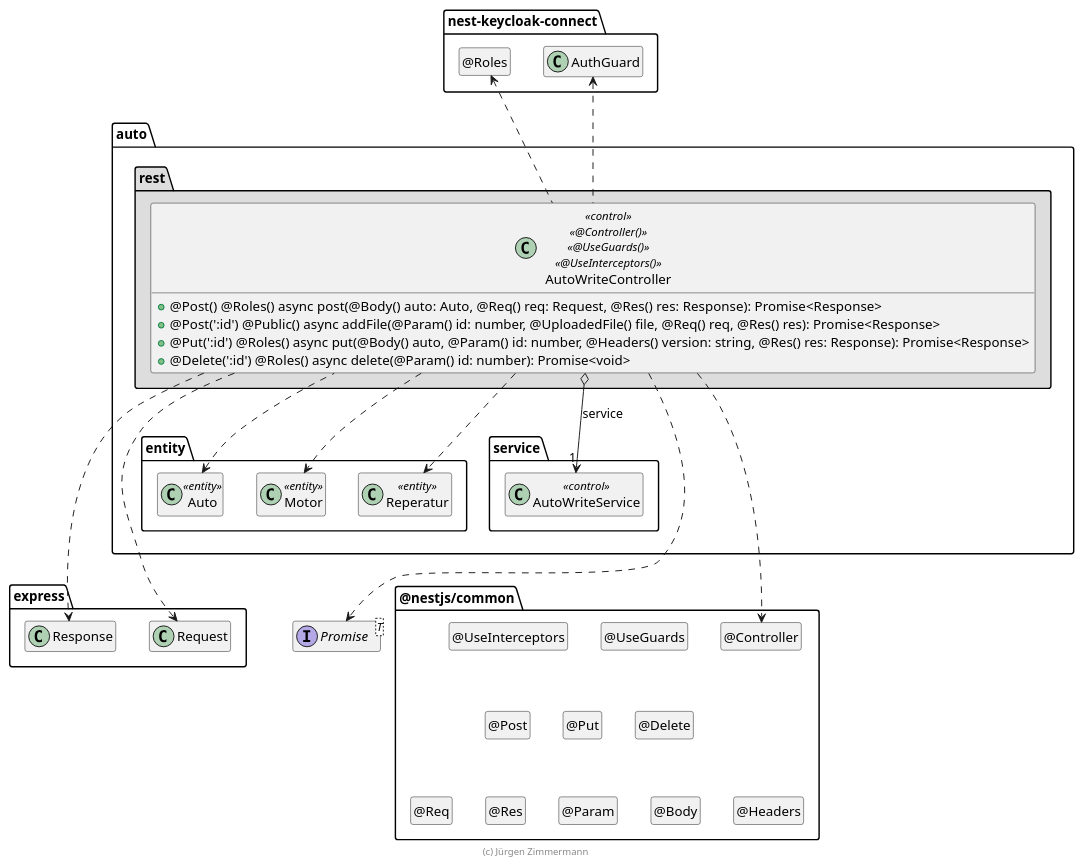
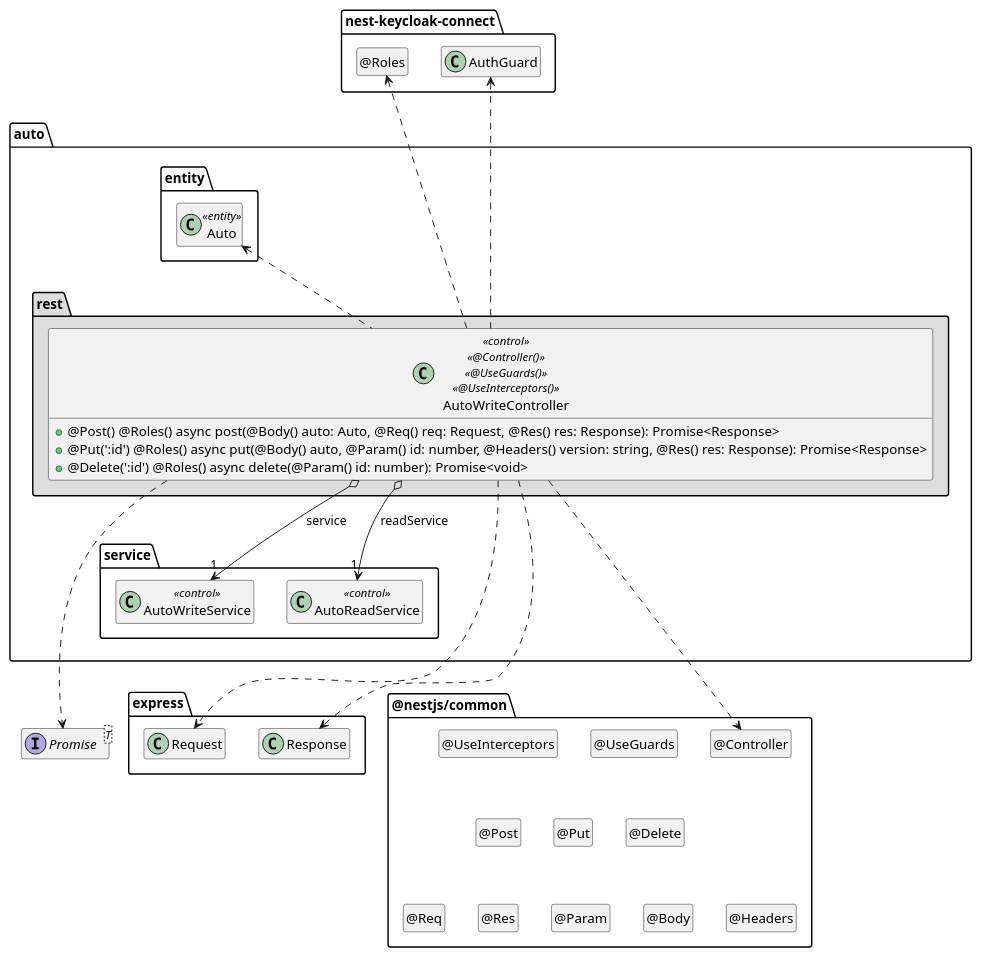
Before and after one commit to JBones35/auto: the diagram in .extras/doc/projekthandbuch/AutoWriteController.plantuml, drawn with PlantUML. The commit also changed 8 other files, not shown here.

Commit message:
plant-uml nachbesserungen am 29.04

```diff
--- a/.extras/doc/projekthandbuch/AutoWriteController.plantuml
+++ b/.extras/doc/projekthandbuch/AutoWriteController.plantuml
@@ -1,110 +1,105 @@
 @startuml Controller-Klasse
 
 interface Promise<T>
 
 package @nestjs/common {
   class "@Controller" as Controller
   hide Controller circle
 
   class "@UseGuards" as UseGuards
   hide UseGuards circle
 
   class "@UseInterceptors" as UseInterceptors
   hide UseInterceptors circle
 
   class "@Post" as Post
   hide Post circle
 
   class "@Put" as Put
   hide Put circle
 
   class "@Delete" as Delete
   hide Delete circle
 
   class "@Req" as Req
   hide Req circle
 
   class "@Res" as Res
   hide Res circle
 
   class "@Param" as Param
   hide Param circle
 
   class "@Body" as Body
   hide Body circle
 
   class "@Headers" as Headers
   hide Headers circle
 
   UseInterceptors .[hidden].> Post
   UseInterceptors .[hidden].> Put
   UseInterceptors .[hidden].> Delete
 
   Post .[hidden].> Req
   Post .[hidden].> Res
   Post .[hidden].> Param
   Post .[hidden].> Body
   Post .[hidden].> Headers
 }
 
 package nest-keycloak-connect {
   class AuthGuard
 
   class "@Roles" as Roles
   hide Roles circle
 }
 
 package express {
   class Request
   class Response
 
   Response .right[hidden].> Controller
 }
 
 package auto {
   package entity #FFFFFF {
     class Auto <<entity>>
-    class Motor <<entity>>
-    class Reperatur <<entity>>
 
     Auto .[hidden].> Promise
     Auto .[hidden].> Request
   }
 
   package service {
     class AutoWriteService << control >>
+    class AutoReadService << control >>
   }
 
   package rest #DDDDDD {
     class AutoWriteController << control >> << @Controller() >> << @UseGuards() >> << @UseInterceptors() >> {
       + @Post() @Roles() async post(@Body() auto: Auto, @Req() req: Request,  @Res() res: Response): Promise<Response>
-      + @Post(':id') @Public() async addFile(@Param() id: number, @UploadedFile() file, @Req() req, @Res() res): Promise<Response>
       + @Put(':id') @Roles() async put(@Body() auto, @Param() id: number, @Headers() version: string, @Res() res: Response): Promise<Response>
       + @Delete(':id') @Roles() async delete(@Param() id: number): Promise<void>
     }
 
     AutoWriteController o--> "1" AutoWriteService : service
+    AutoWriteController o--> "1" AutoReadService : readService
     AutoWriteController ..up> Auto
-    AutoWriteController ..> Motor
-    AutoWriteController ..> Reperatur
-
+    
     AutoWriteController ..> Controller
 
     AutoWriteController .up.> AuthGuard
     AutoWriteController .up.> Roles
 
     AutoWriteController ..> Request
     AutoWriteController ..> Response
     AutoWriteController ..> Promise
 
     Auto .up[hidden].> Roles
     AutoWriteService .[hidden].> Request
     AutoWriteService .[hidden].> Promise
   }
 }
 
 hide empty members
 
-footer (c) Jürgen Zimmermann
-
 @enduml
```
